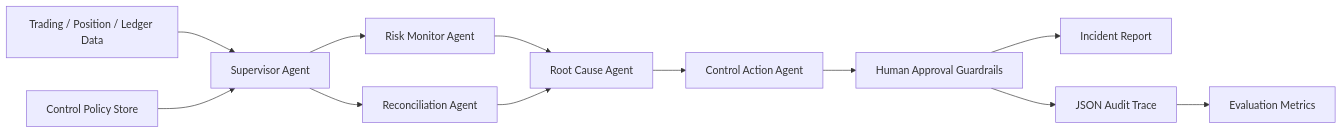
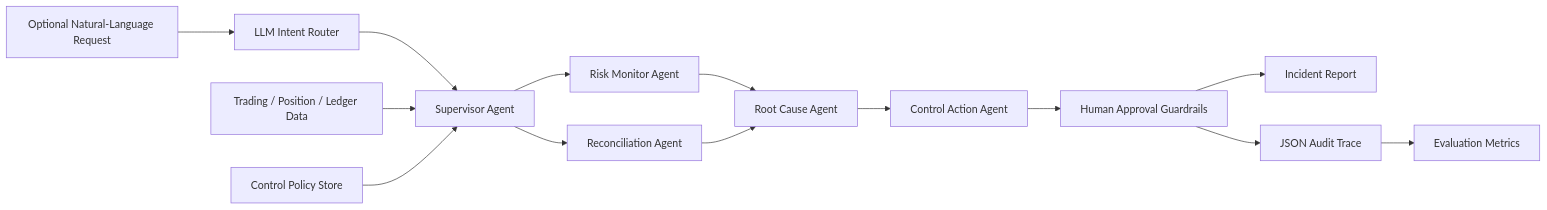
One commit to OwenWang19/Agentic-Trading-Risk-Control-Copilot changed the diagram in README.md. Above: the diagram before and after it, drawn with Mermaid. The commit also changed other lines of this file and 15 other files, not shown here.

Commit message:
Add LLM-routed trading risk copilot V2

````diff
--- a/README.md
+++ b/README.md
@@ -19,14 +19,16 @@
 ```mermaid
 flowchart LR
-    A["Trading / Position / Ledger Data"] --> B["Supervisor Agent"]
+    U["Optional Natural-Language Request"] --> R["LLM Intent Router"]
+    R --> B["Supervisor Agent"]
+    A["Trading / Position / Ledger Data"] --> B
     C["Control Policy Store"] --> B
     B --> D["Risk Monitor Agent"]
     B --> E["Reconciliation Agent"]
     D --> F["Root Cause Agent"]
     E --> F
     F --> G["Control Action Agent"]
     G --> H["Human Approval Guardrails"]
     H --> I["Incident Report"]
     H --> J["JSON Audit Trace"]
     J --> K["Evaluation Metrics"]
 ```
````
